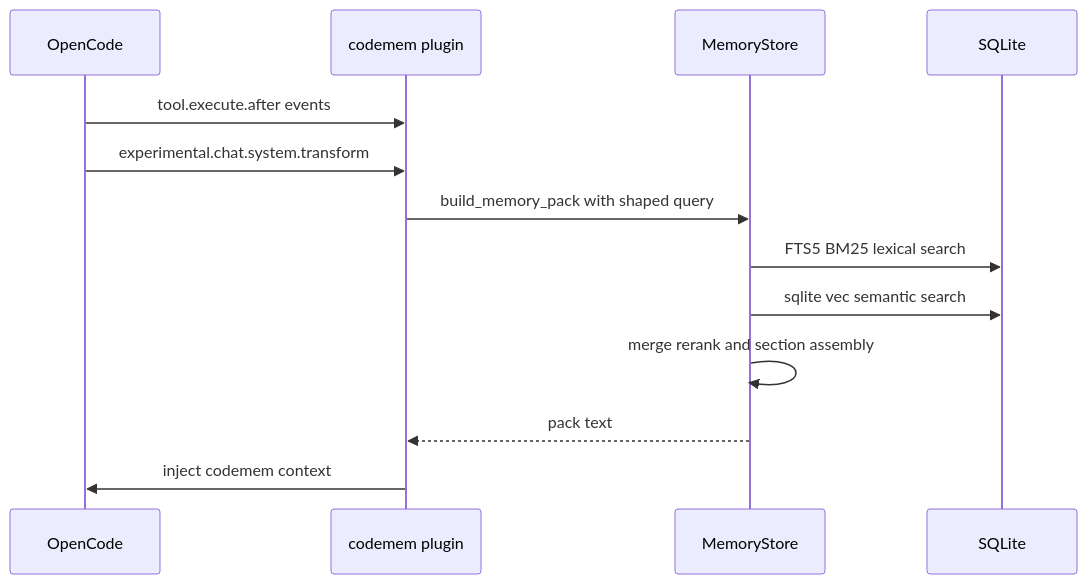
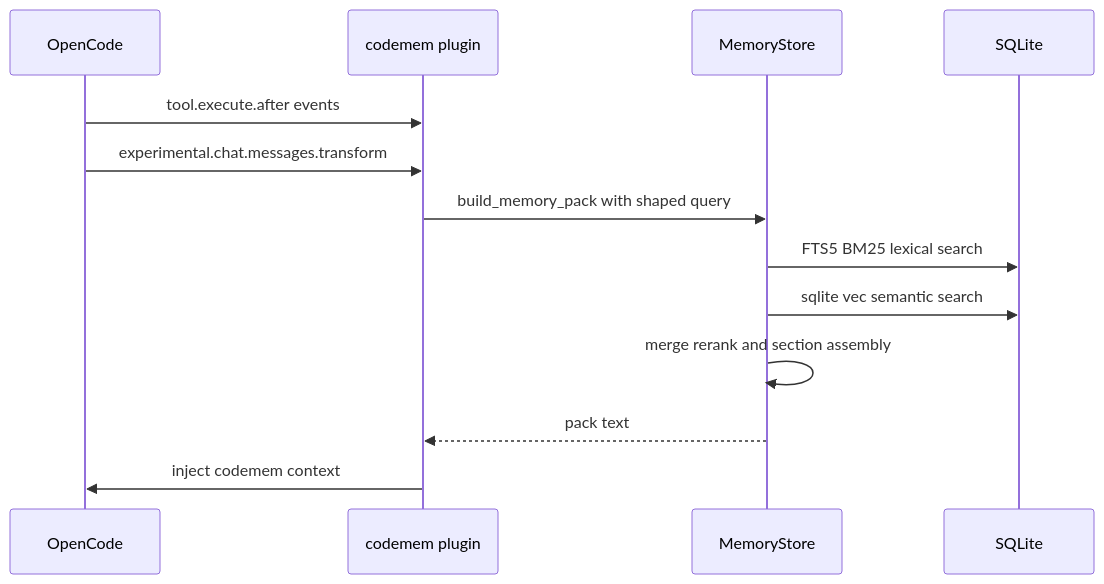
The diagram in README.md (kunickiaj/codemem), drawn with Mermaid before and after one commit. The commit also changed other lines of this file and 4 other files, not shown here.

````diff
--- a/README.md
+++ b/README.md
@@ -110,16 +110,16 @@
 ```mermaid
 sequenceDiagram
 participant OC as OpenCode
 participant PL as codemem plugin
 participant ST as MemoryStore
 participant DB as SQLite
 
 OC->>PL: tool.execute.after events
-OC->>PL: experimental.chat.system.transform
+OC->>PL: experimental.chat.messages.transform
 PL->>ST: build_memory_pack with shaped query
 ST->>DB: FTS5 BM25 lexical search
 ST->>DB: sqlite vec semantic search
 ST->>ST: merge rerank and section assembly
 ST-->>PL: pack text
 PL->>OC: inject codemem context
 ```
````
